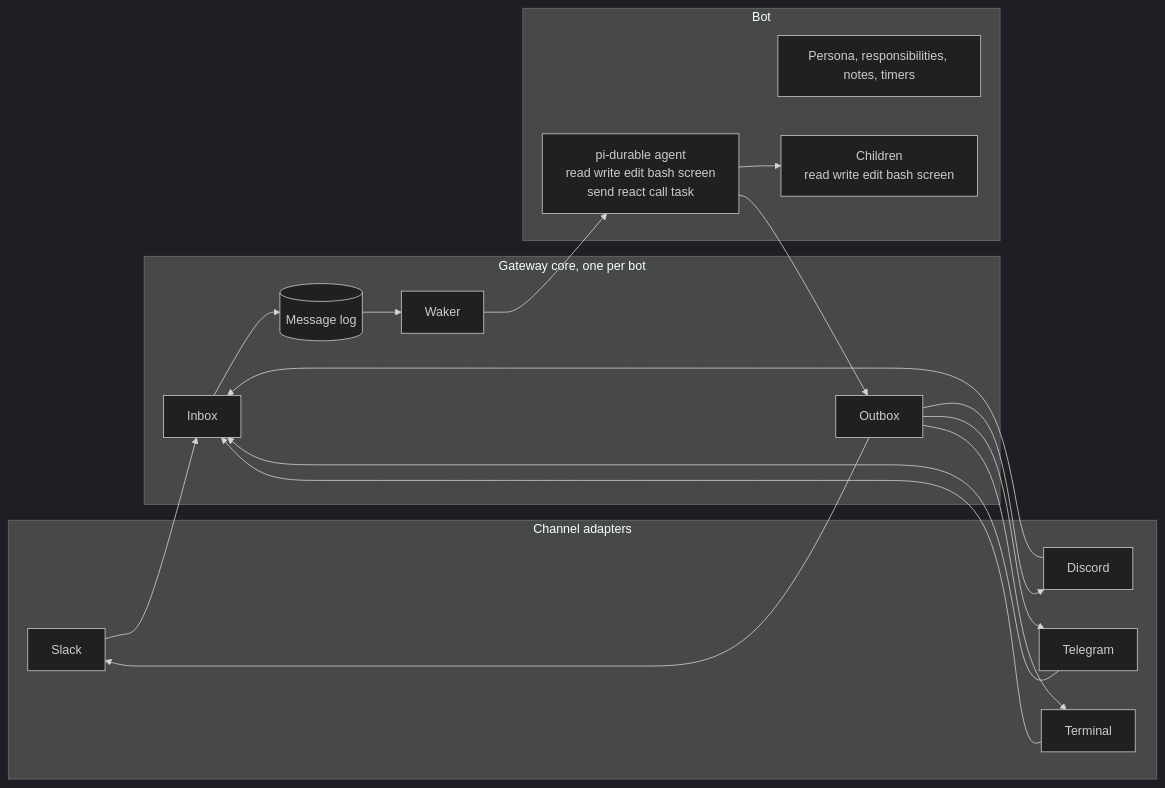
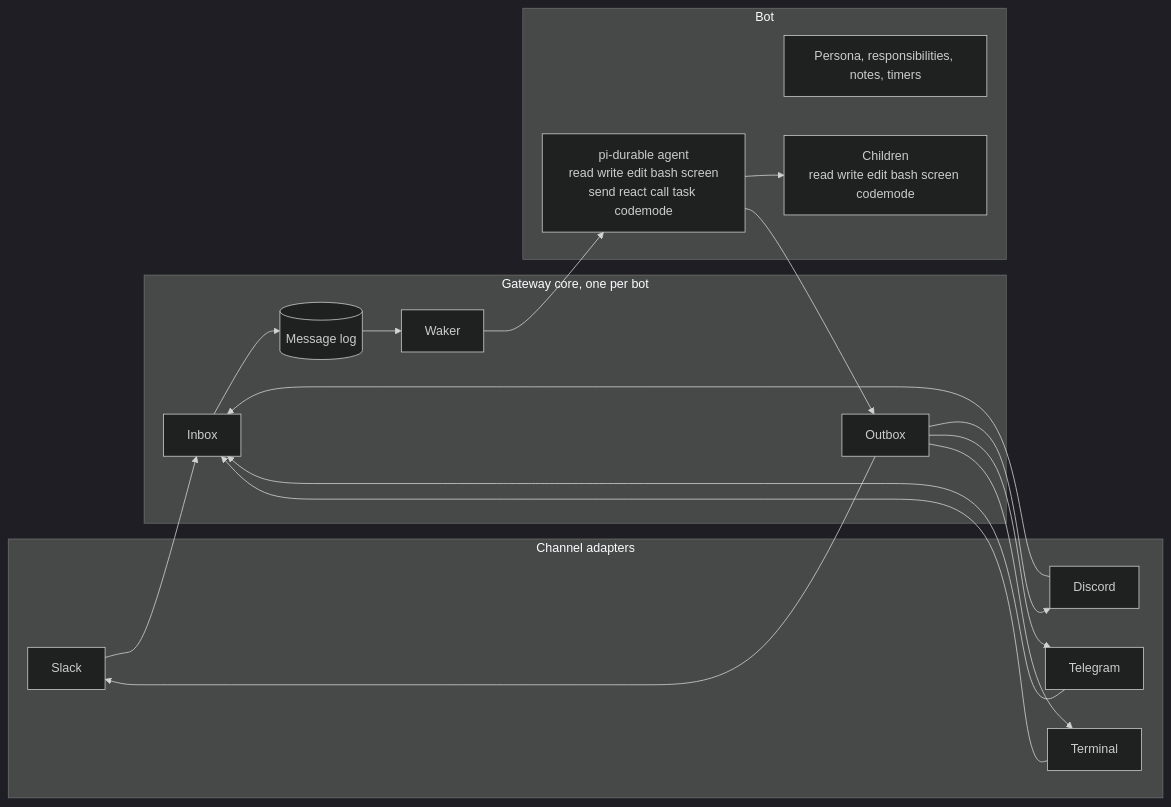
Before and after one commit to Crokily/pi-durable-bot: the second of 2 diagrams in README.md, drawn with Mermaid (dark theme). The commit also changed other lines of this file and 22 other files, not shown here.

````diff
--- a/README.md
+++ b/README.md
@@ -215,30 +231,30 @@
 ```mermaid
 flowchart LR
   subgraph Adapters[Channel adapters]
     S[Slack]
     D[Discord]
     TG[Telegram]
     T[Terminal]
   end
   subgraph Gateway[Gateway core, one per bot]
     I[Inbox] --> G[(Message log)]
     G --> K[Waker]
     O[Outbox]
   end
   subgraph Bot[Bot]
     P[Persona, responsibilities, notes, timers]
-    A[pi-durable agent<br/>read write edit bash screen<br/>send react call task]
-    C[Children<br/>read write edit bash screen]
+    A[pi-durable agent<br/>read write edit bash screen<br/>send react call task codemode]
+    C[Children<br/>read write edit bash screen codemode]
     A --> C
   end
   S --> I
   D --> I
   TG --> I
   T --> I
   K --> A
   A --> O
   O --> S
   O --> D
   O --> TG
   O --> T
 ```
````
